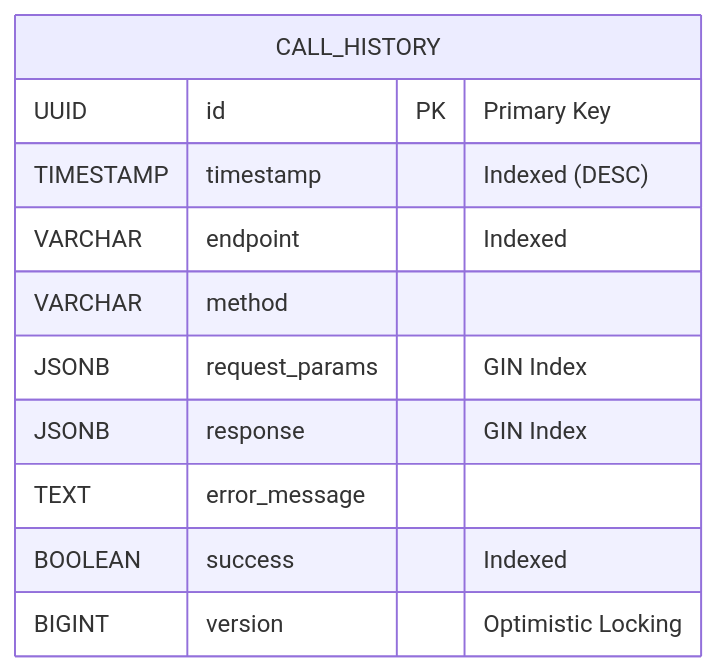
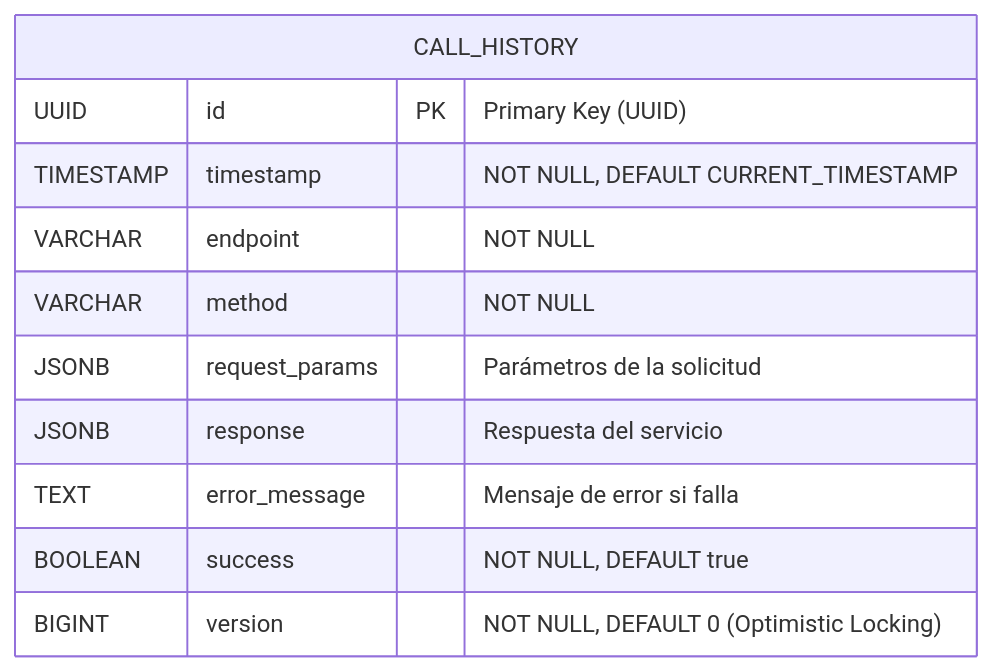
Before and after one commit to stiwardjherikofcr/tenpo-challenge: the diagram in docs/database-diagram.md, drawn with Mermaid. The commit also changed other lines of this file and 7 other files, not shown here.

Commit message:
integrate Zipkin for distributed tracing and enhance architecture documentation

````diff
--- a/docs/database-diagram.md
+++ b/docs/database-diagram.md
@@ -3,14 +3,14 @@
 ```mermaid
 erDiagram
     CALL_HISTORY {
-        UUID id PK "Primary Key"
-        TIMESTAMP timestamp "Indexed (DESC)"
-        VARCHAR endpoint "Indexed"
-        VARCHAR method
-        JSONB request_params "GIN Index"
-        JSONB response "GIN Index"
-        TEXT error_message
-        BOOLEAN success "Indexed"
-        BIGINT version "Optimistic Locking"
+        UUID id PK "Primary Key (UUID)"
+        TIMESTAMP timestamp "NOT NULL, DEFAULT CURRENT_TIMESTAMP"
+        VARCHAR endpoint "NOT NULL"
+        VARCHAR method "NOT NULL"
+        JSONB request_params "Parámetros de la solicitud"
+        JSONB response "Respuesta del servicio"
+        TEXT error_message "Mensaje de error si falla"
+        BOOLEAN success "NOT NULL, DEFAULT true"
+        BIGINT version "NOT NULL, DEFAULT 0 (Optimistic Locking)"
     }
 ```
````
